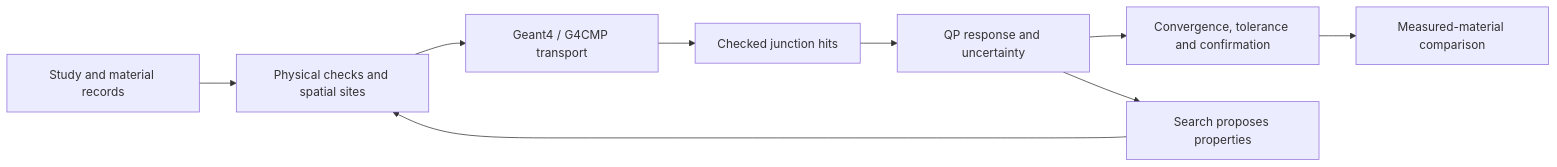
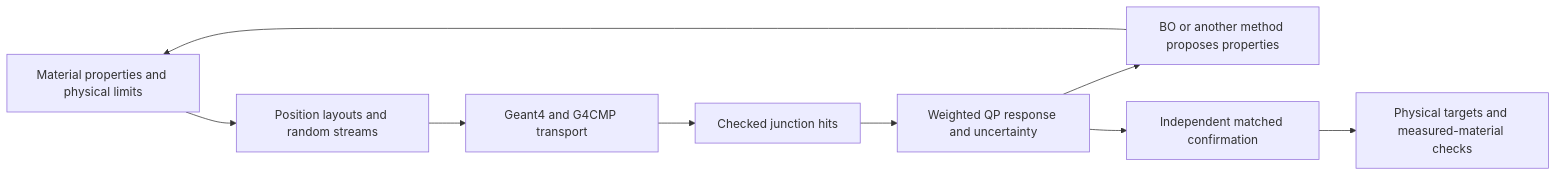
Before and after one commit to HHTseng/QPU-material-sensitivity-analysis: the diagram in README.md, drawn with Mermaid. The commit also changed other lines of this file and 4 other files, not shown here.

Commit message:
Refresh confirmed results and launch matched physical comparisons

````diff
--- a/README.md
+++ b/README.md
@@ -293,11 +211,11 @@
 ```mermaid
 flowchart LR
-    A[Study and material records] --> B[Physical checks and spatial sites]
-    B --> C[Geant4 / G4CMP transport]
+    A[Material properties and physical limits] --> B[Position layouts and random streams]
+    B --> C[Geant4 and G4CMP transport]
     C --> D[Checked junction hits]
-    D --> E[QP response and uncertainty]
-    E --> F[Convergence, tolerance and confirmation]
-    E --> G[Search proposes properties]
-    G --> B
-    F --> H[Measured-material comparison]
+    D --> E[Weighted QP response and uncertainty]
+    E --> F[BO or another method proposes properties]
+    F --> A
+    E --> G[Independent matched confirmation]
+    G --> H[Physical targets and measured-material checks]
 ```
````
